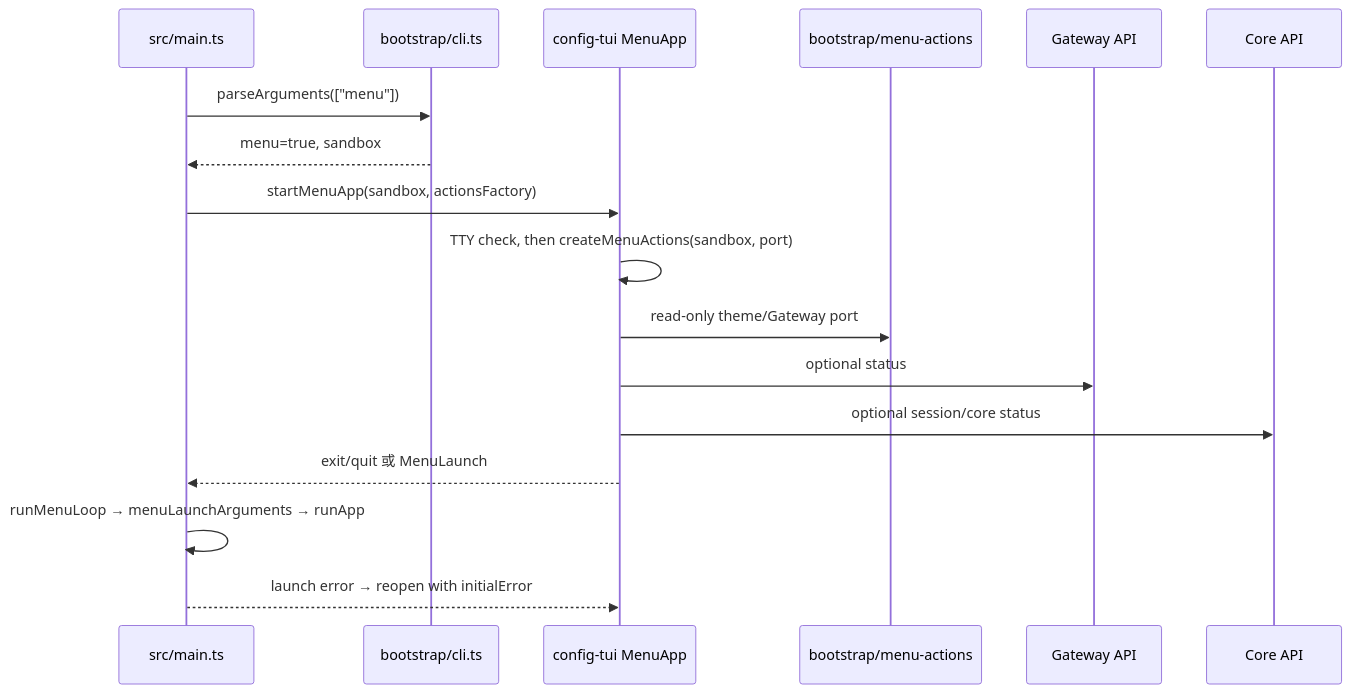
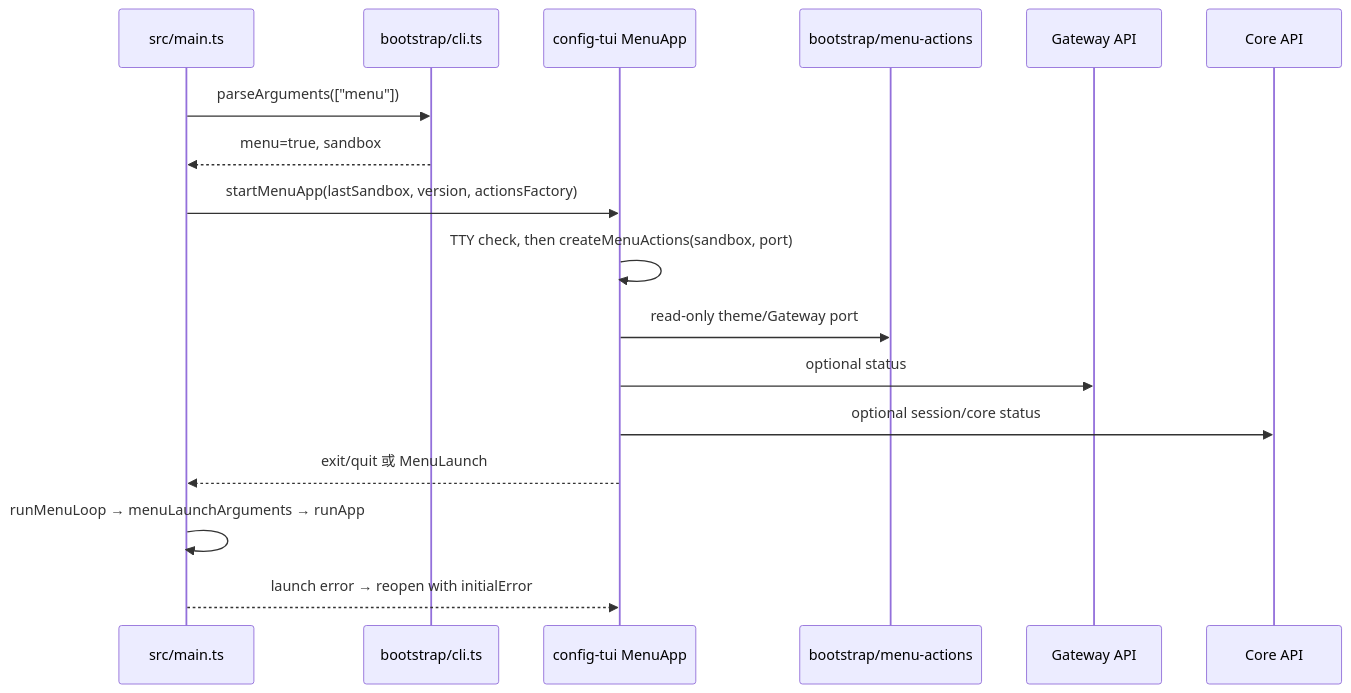
The fifth of 14 diagrams in docs/subsystems/atom_neo_2026-11-19_menu_config_integration_graph.md (aokihu/atom_neo), drawn with Mermaid before and after one commit. The commit also changed other lines of this file and 26 other files, not shown here.

````diff
--- a/docs/subsystems/atom_neo_2026-11-19_menu_config_integration_graph.md
+++ b/docs/subsystems/atom_neo_2026-11-19_menu_config_integration_graph.md
@@ -177,20 +177,20 @@
 ```mermaid
 sequenceDiagram
     participant Main as src/main.ts
     participant CLI as bootstrap/cli.ts
     participant Menu as config-tui MenuApp
     participant Actions as bootstrap/menu-actions
     participant Gateway as Gateway API
     participant Core as Core API
 
     Main->>CLI: parseArguments(["menu"])
     CLI-->>Main: menu=true, sandbox
-    Main->>Menu: startMenuApp(sandbox, actionsFactory)
+    Main->>Menu: startMenuApp(lastSandbox, version, actionsFactory)
     Menu->>Menu: TTY check, then createMenuActions(sandbox, port)
     Menu->>Actions: read-only theme/Gateway port
     Menu->>Gateway: optional status
     Menu->>Core: optional session/core status
     Menu-->>Main: exit/quit 或 MenuLaunch
     Main->>Main: runMenuLoop → menuLaunchArguments → runApp
     Main-->>Menu: launch error → reopen with initialError
 ```
````
